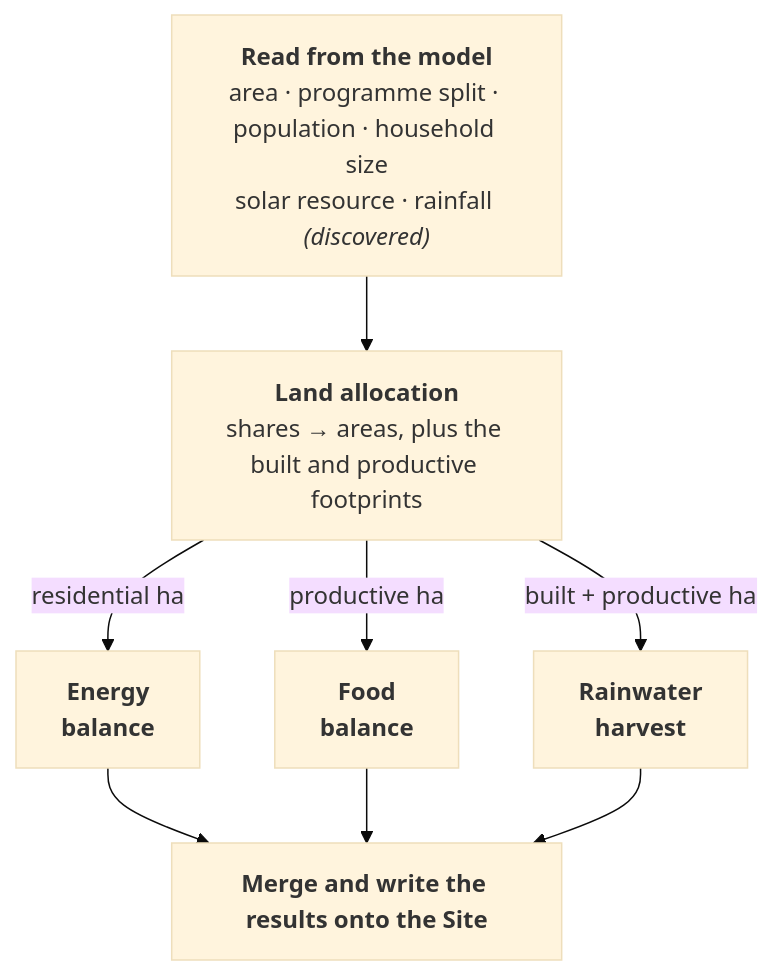
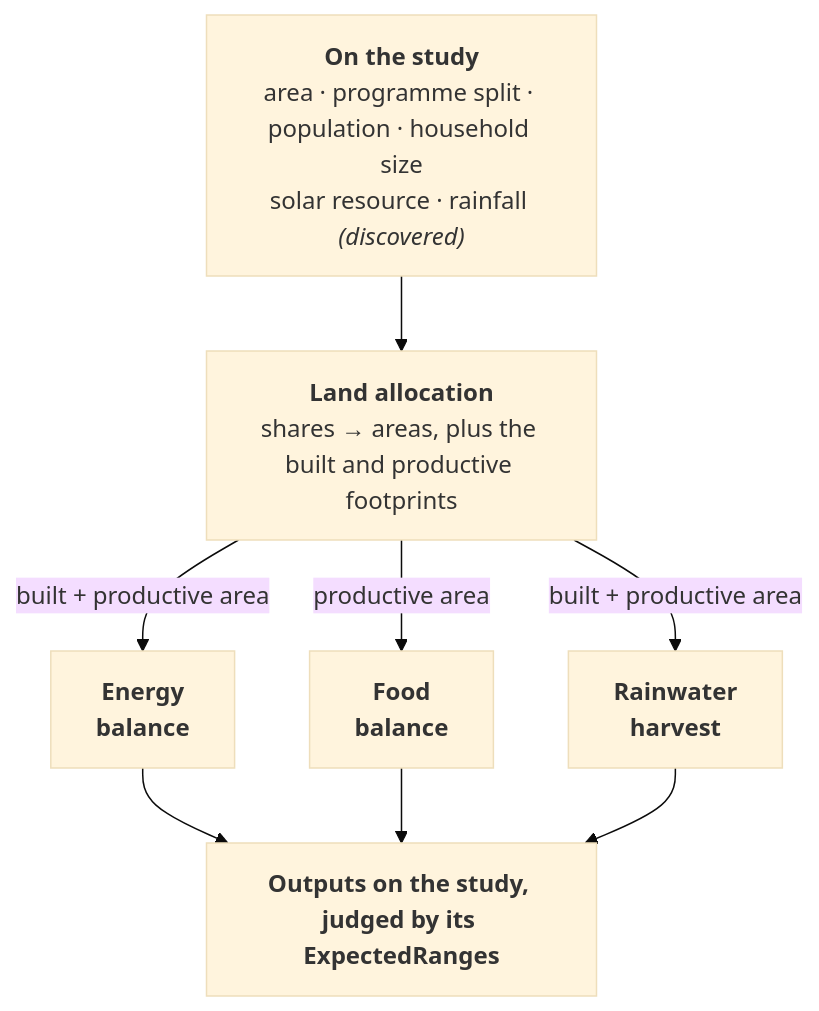
Before and after one commit to ReGen-Villages/VillageOS-API: the sixth of 10 diagrams in docs/LAND_INTAKE.md, drawn with Mermaid (base theme). The commit also changed other lines of this file and 2 other files, not shown here.

First line of the commit message:
docs(#6533): the analysis is started on the study, not by spawning a pipeline

````diff
--- a/docs/LAND_INTAKE.md
+++ b/docs/LAND_INTAKE.md
@@ -462,17 +468,17 @@
 ```mermaid
 flowchart TB
-  R["<b>Read from the model</b><br/>area · programme split · population · household size<br/>solar resource · rainfall <i>(discovered)</i>"]
+  R["<b>On the study</b><br/>area · programme split · population · household size<br/>solar resource · rainfall <i>(discovered)</i>"]
   LA["<b>Land allocation</b><br/>shares → areas, plus the built and productive footprints"]
   EB["<b>Energy<br/>balance</b>"]
   FB["<b>Food<br/>balance</b>"]
   RH["<b>Rainwater<br/>harvest</b>"]
-  W["<b>Merge and write the results onto the Site</b>"]
+  W["<b>Outputs on the study, judged by its ExpectedRanges</b>"]
 
   R --> LA
-  LA -->|"residential ha"| EB
-  LA -->|"productive ha"| FB
-  LA -->|"built + productive ha"| RH
+  LA -->|"built + productive area"| EB
+  LA -->|"productive area"| FB
+  LA -->|"built + productive area"| RH
   EB --> W
   FB --> W
   RH --> W
 ```
````
